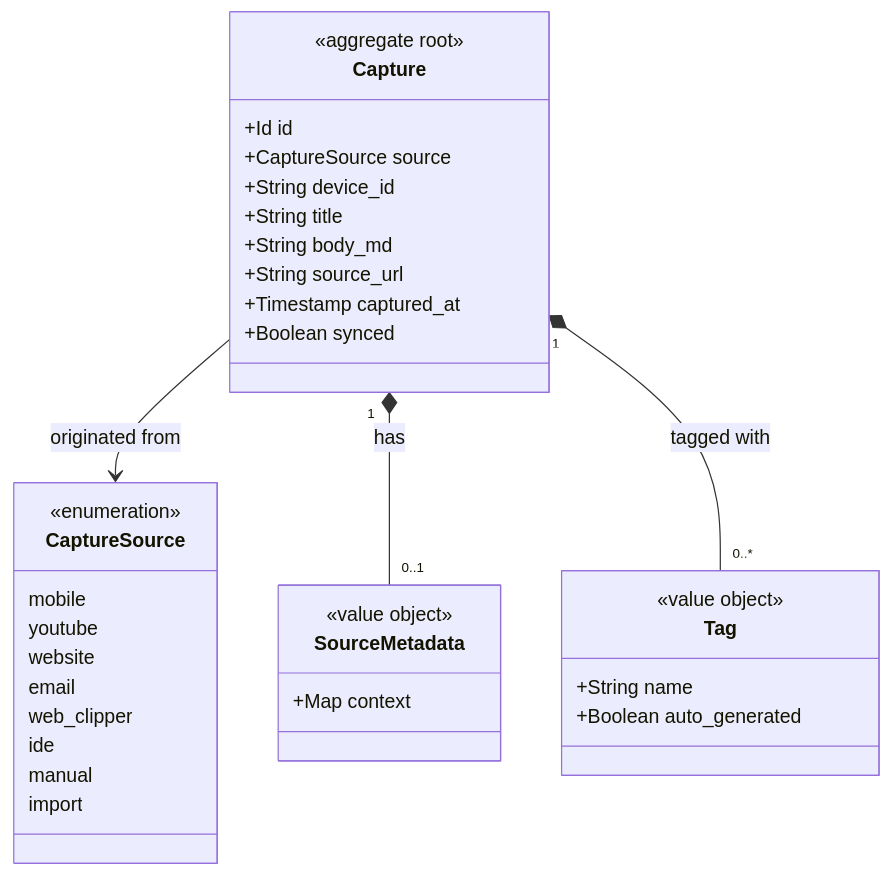
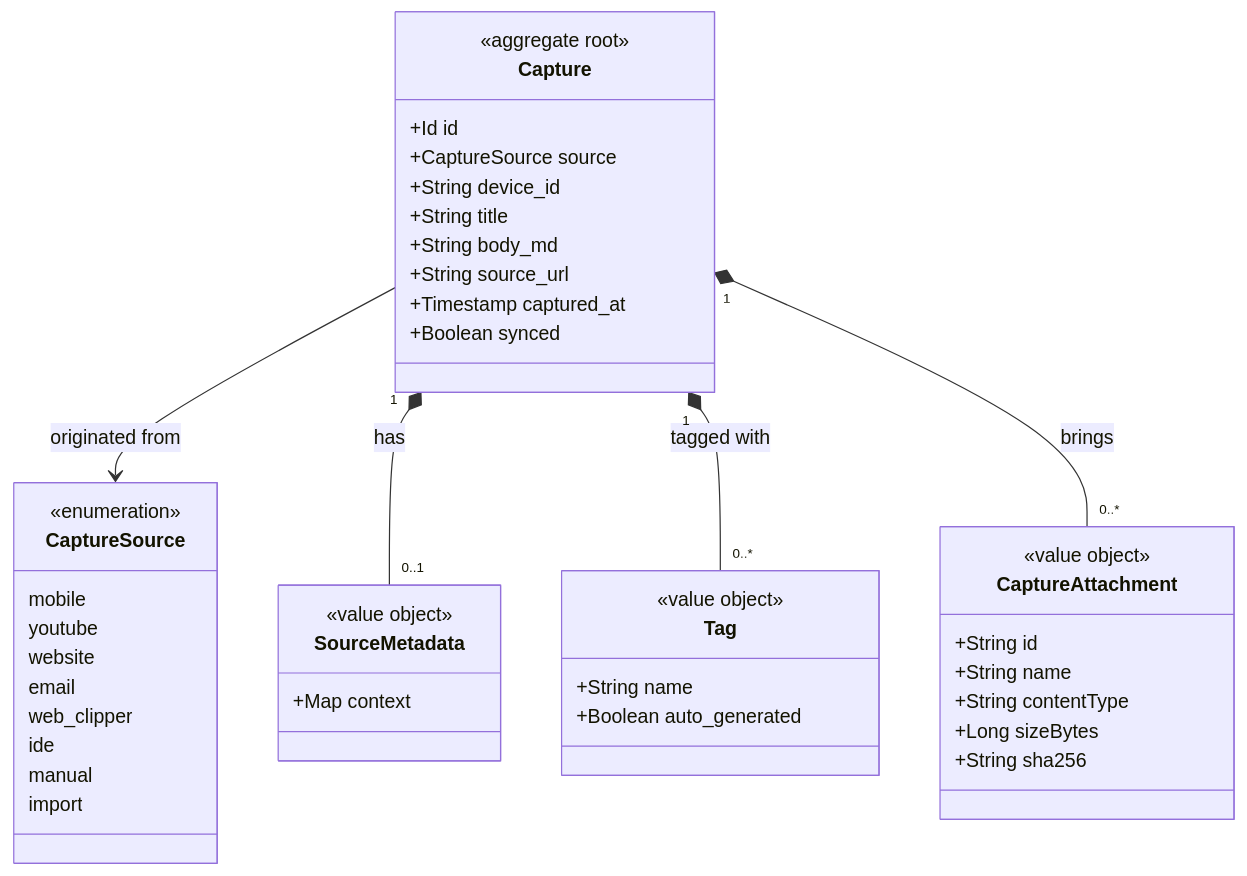
Before and after one commit to JSdotNet/Backlog: the diagram in .devbook/domain/capture/model.md, drawn with Mermaid. The commit also changed other lines of this file and 131 other files, not shown here.

````diff
--- a/.devbook/domain/capture/model.md
+++ b/.devbook/domain/capture/model.md
@@ -15,38 +15,47 @@
 ```mermaid
 classDiagram
     class Capture {
         <<aggregate root>>
         +Id id
         +CaptureSource source
         +String device_id
         +String title
         +String body_md
         +String source_url
         +Timestamp captured_at
         +Boolean synced
     }
     class SourceMetadata {
         <<value object>>
         +Map context
     }
     class Tag {
         <<value object>>
         +String name
         +Boolean auto_generated
     }
+    class CaptureAttachment {
+        <<value object>>
+        +String id
+        +String name
+        +String contentType
+        +Long sizeBytes
+        +String sha256
+    }
     class CaptureSource {
         <<enumeration>>
         mobile
         youtube
         website
         email
         web_clipper
         ide
         manual
         import
     }
 
     Capture --> CaptureSource : originated from
     Capture "1" *-- "0..1" SourceMetadata : has
     Capture "1" *-- "0..*" Tag : tagged with
+    Capture "1" *-- "0..*" CaptureAttachment : brings
 ```
````
